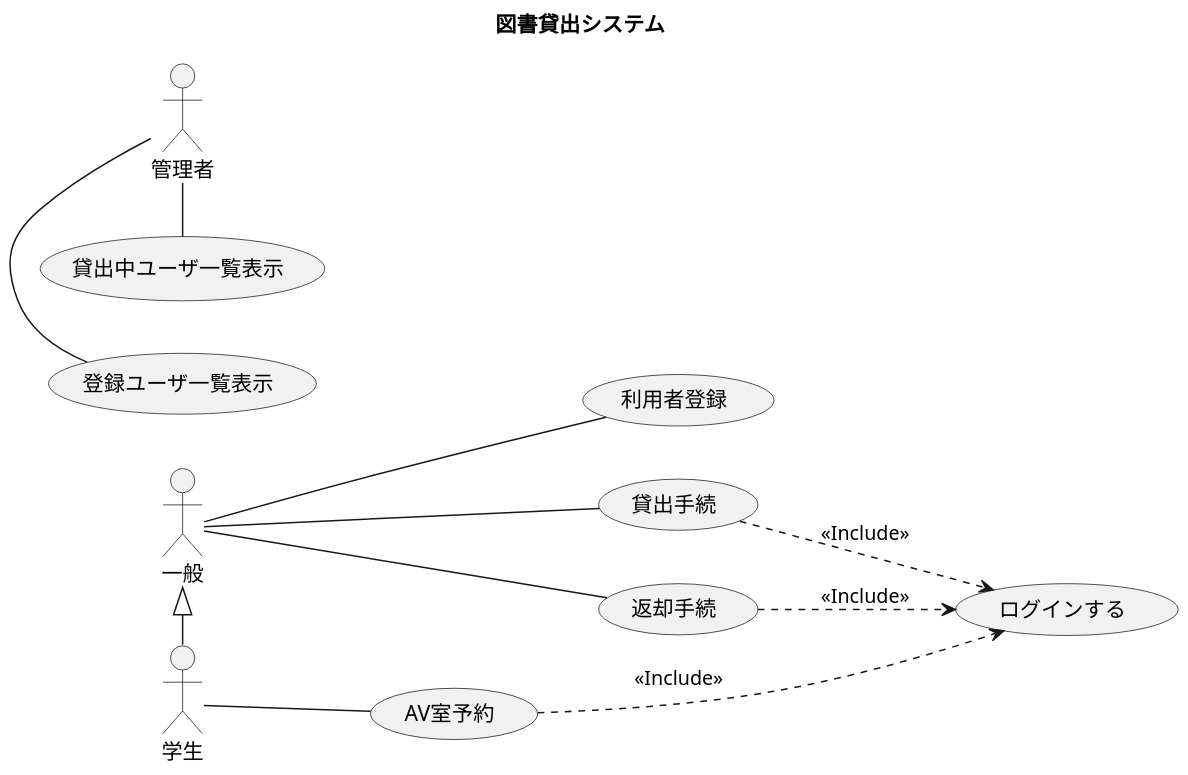
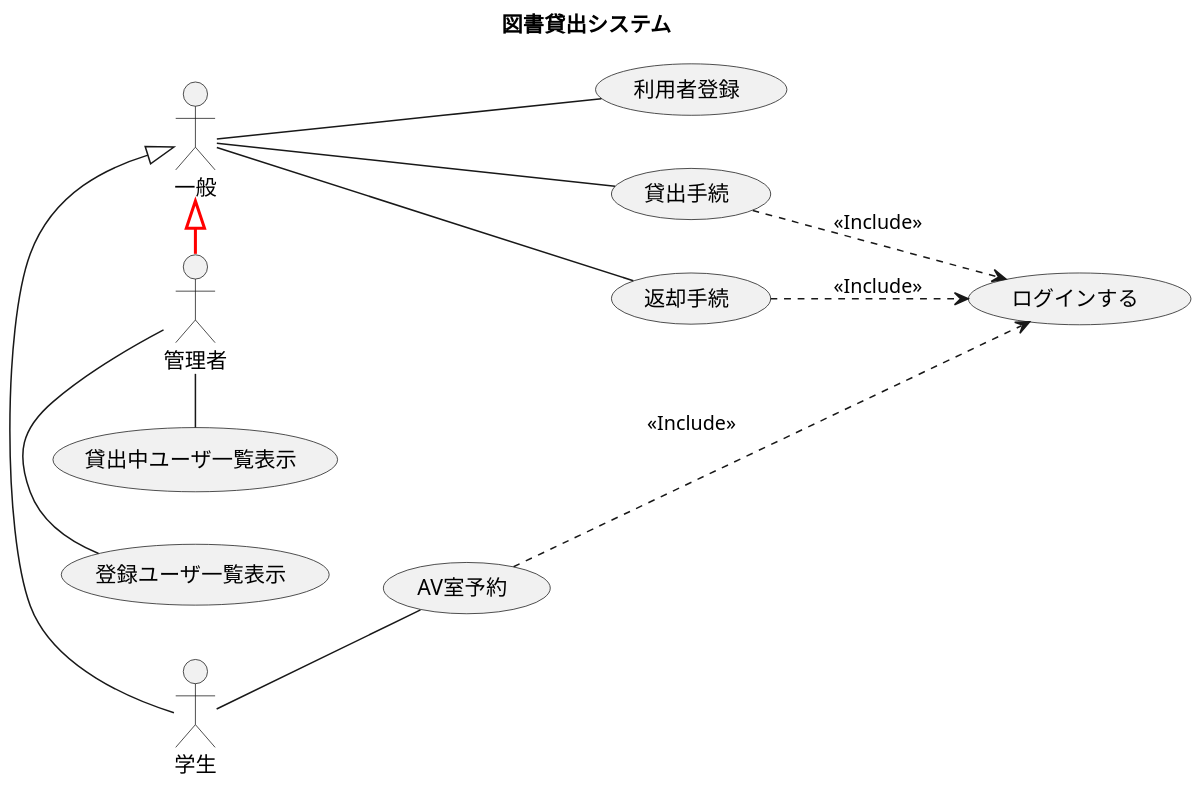
The diagram in usecase.pu (Romira915/AdvancedSoftwareEngineering3-Task), drawn with PlantUML before and after one commit. The commit also changed 2 other files, not shown here.

Commit message:
modifiy: admin is a user

```diff
--- a/usecase.pu
+++ b/usecase.pu
@@ -1,36 +1,37 @@
 @startuml 図書貸出システム
 
 title 図書貸出システム
 ' top to bottom direction
 left to right direction
 skinparam dpi 150
 
 (利用者登録) as userRegister
 (貸出手続) as borrowing
 (返却手続) as return
 (AV室予約) as roomReservation
 (ログインする) as login
 
 (登録ユーザ一覧表示) as showAllUser
 (貸出中ユーザ一覧表示) as showBorrowingUser
 
 :一般: as user
 :学生: as st
 :管理者: as admin
 
 user <|- st
+user <|- admin #line:red;line.bold;text:red 
 
 borrowing ..> login :<<Include>>
 return ..> login :<<Include>>
 roomReservation ..> login :<<Include>>
 
 user -- userRegister
 user -- borrowing
 user -- return
 
 st - roomReservation
 
 admin - showAllUser
 admin - showBorrowingUser
 
 @enduml
```
